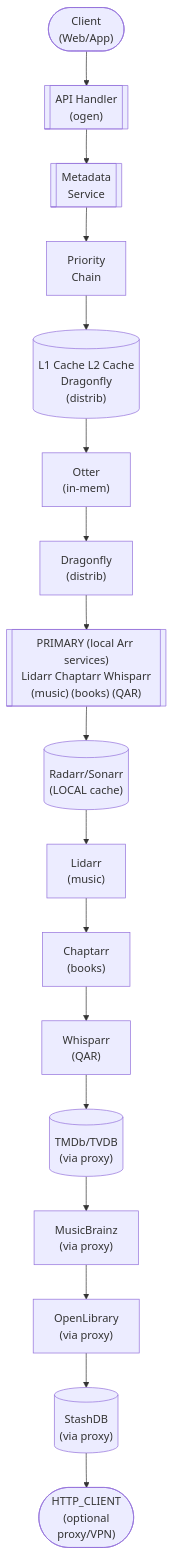
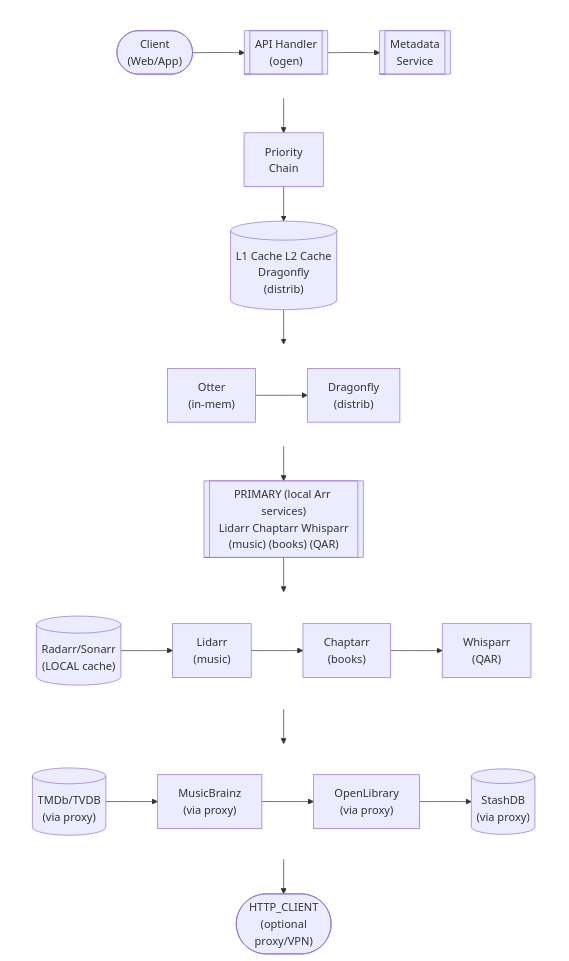
The diagram in docs/dev/design/services/METADATA.md (lusoris/revenge), drawn with Mermaid before and after one commit. The commit also changed 210 other files, not shown here.

First line of the commit message:
feat(docs): Add horizontal layout support for Mermaid diagrams

````diff
--- a/docs/dev/design/services/METADATA.md
+++ b/docs/dev/design/services/METADATA.md
@@ -62,36 +62,54 @@
 ```mermaid
 flowchart TD
-    node1(["Client<br/>(Web/App)"])
-    node2[["API Handler<br/>(ogen)"]]
-    node3[["Metadata<br/>Service"]]
+    subgraph row1[ ]
+        direction LR
+        node1(["Client<br/>(Web/App)"])
+        node2[["API Handler<br/>(ogen)"]]
+        node3[["Metadata<br/>Service"]]
+    end
     node4["Priority<br/>Chain"]
     node5[("L1 Cache L2 Cache<br/>Dragonfly<br/>(distrib)")]
-    node6["Otter<br/>(in-mem)"]
-    node7["Dragonfly<br/>(distrib)"]
+    subgraph row2[ ]
+        direction LR
+        node6["Otter<br/>(in-mem)"]
+        node7["Dragonfly<br/>(distrib)"]
+    end
     node8[["PRIMARY (local Arr services)<br/>Lidarr Chaptarr Whisparr<br/>(music) (books) (QAR)"]]
-    node9[("Radarr/Sonarr<br/>(LOCAL cache)")]
-    node10["Lidarr<br/>(music)"]
-    node11["Chaptarr<br/>(books)"]
-    node12["Whisparr<br/>(QAR)"]
-    node13[("TMDb/TVDB<br/>(via proxy)")]
-    node14["MusicBrainz<br/>(via proxy)"]
-    node15["OpenLibrary<br/>(via proxy)"]
-    node16[("StashDB<br/>(via proxy)")]
+    subgraph row3[ ]
+        direction LR
+        node9[("Radarr/Sonarr<br/>(LOCAL cache)")]
+        node10["Lidarr<br/>(music)"]
+        node11["Chaptarr<br/>(books)"]
+        node12["Whisparr<br/>(QAR)"]
+    end
+    subgraph row4[ ]
+        direction LR
+        node13[("TMDb/TVDB<br/>(via proxy)")]
+        node14["MusicBrainz<br/>(via proxy)"]
+        node15["OpenLibrary<br/>(via proxy)"]
+        node16[("StashDB<br/>(via proxy)")]
+    end
     node17(["HTTP_CLIENT<br/>(optional<br/>proxy/VPN)"])
     node1 --> node2
     node2 --> node3
     node6 --> node7
     node9 --> node10
     node10 --> node11
     node11 --> node12
     node13 --> node14
     node14 --> node15
     node15 --> node16
     node3 --> node4
     node4 --> node5
     node5 --> node6
     node7 --> node8
     node8 --> node9
     node12 --> node13
     node16 --> node17
+
+    %% Hide row subgraph borders
+    style row1 fill:transparent,stroke:transparent
+    style row2 fill:transparent,stroke:transparent
+    style row3 fill:transparent,stroke:transparent
+    style row4 fill:transparent,stroke:transparent
 ```
````
